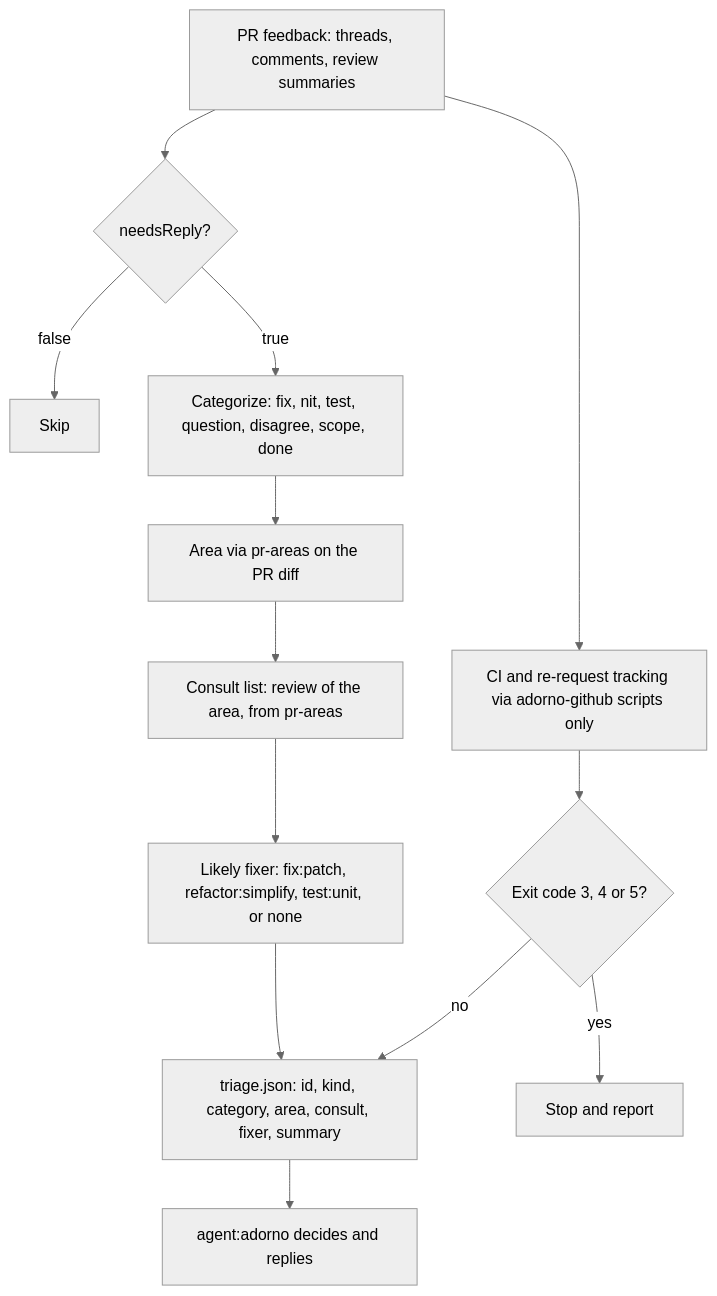
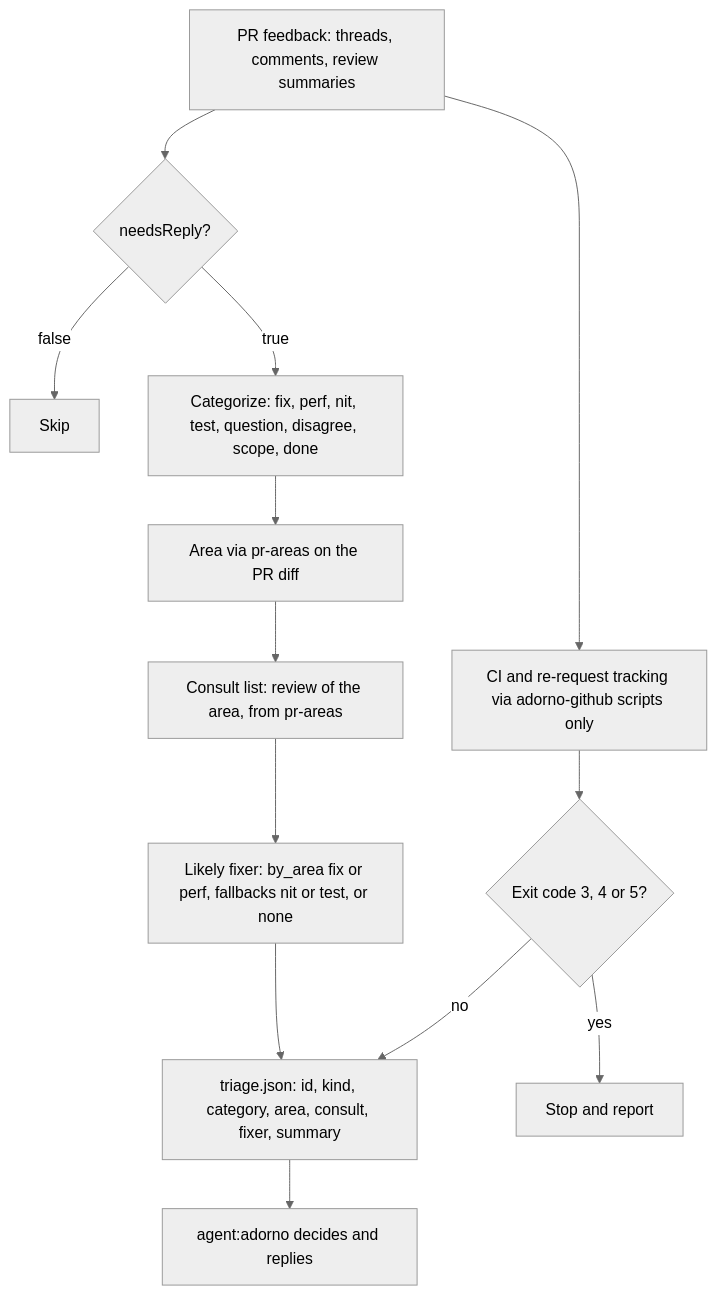
Before and after one commit to nicolasmondain/adorno: the fifth of 5 diagrams in src/agents/core/SCHEMA.md, drawn with Mermaid (neutral theme). The commit also changed other lines of this file and 9 other files, not shown here.

````diff
--- a/src/agents/core/SCHEMA.md
+++ b/src/agents/core/SCHEMA.md
@@ -88,15 +88,15 @@
 ```mermaid
 flowchart TD
   A["PR feedback: threads, comments, review summaries"] --> B{"needsReply?"}
   B -->|"false"| X["Skip"]
-  B -->|"true"| C["Categorize: fix, nit, test, question, disagree, scope, done"]
+  B -->|"true"| C["Categorize: fix, perf, nit, test, question, disagree, scope, done"]
   C --> D["Area via pr-areas on the PR diff"]
   D --> E["Consult list: review of the area, from pr-areas"]
-  E --> F["Likely fixer: fix:patch, refactor:simplify, test:unit, or none"]
+  E --> F["Likely fixer: by_area fix or perf, fallbacks nit or test, or none"]
   F --> G["triage.json: id, kind, category, area, consult, fixer, summary"]
   G --> H["agent:adorno decides and replies"]
   A --> I["CI and re-request tracking via adorno-github scripts only"]
   I --> J{"Exit code 3, 4 or 5?"}
   J -->|"yes"| K["Stop and report"]
   J -->|"no"| G
 ```
````
